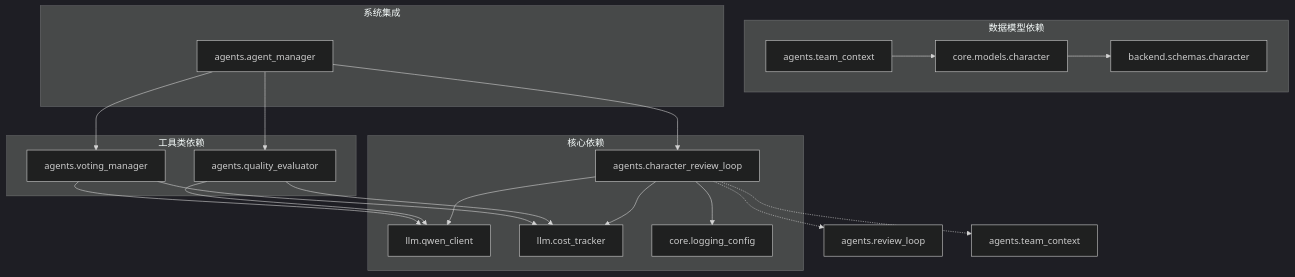
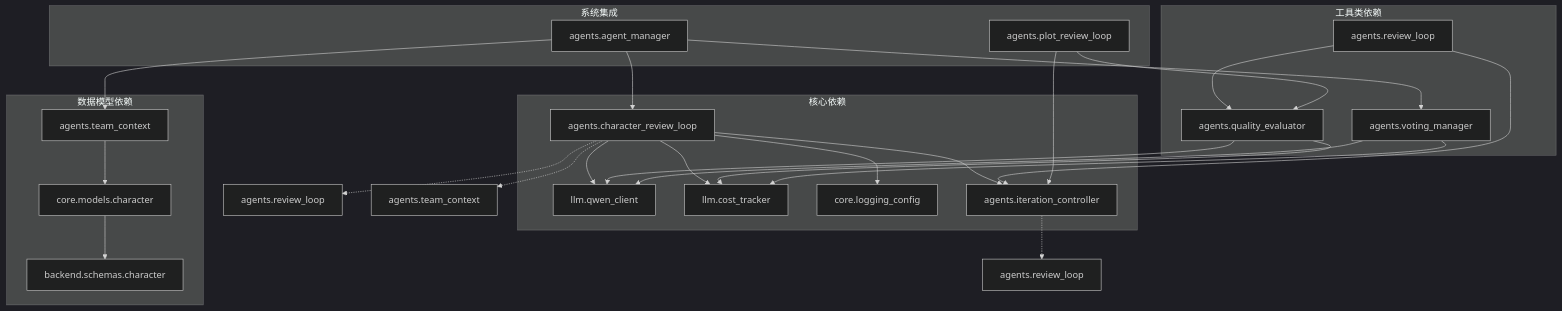
One commit to xfbyxq/ai-novel-system changed the ninth of 9 diagrams in .qoder/repowiki/zh/content/AI智能体系统/角色审查处理器.md. Above: the diagram before and after it, drawn with Mermaid (dark theme). The commit also changed other lines of this file and 10 other files, not shown here.

````diff
--- a/.qoder/repowiki/zh/content/AI智能体系统/角色审查处理器.md
+++ b/.qoder/repowiki/zh/content/AI智能体系统/角色审查处理器.md
@@ -337,25 +463,31 @@
 ```mermaid
 graph TB
 subgraph "核心依赖"
 A[agents.character_review_loop] --> B[llm.qwen_client]
 A --> C[llm.cost_tracker]
 A --> D[core.logging_config]
+A --> E[agents.iteration_controller]
 end
 subgraph "数据模型依赖"
-E[core.models.character] --> F[backend.schemas.character]
-G[agents.team_context] --> E
+F[core.models.character] --> G[backend.schemas.character]
+H[agents.team_context] --> F
 end
 subgraph "工具类依赖"
-H[agents.quality_evaluator] --> B
-H --> C
-I[agents.voting_manager] --> B
+I[agents.quality_evaluator] --> B
 I --> C
+J[agents.voting_manager] --> B
+J --> C
+K[agents.review_loop] --> E
+K --> I
 end
 subgraph "系统集成"
-J[agents.agent_manager] --> A
-J --> H
-J --> I
+L[agents.agent_manager] --> A
+L --> H
+L --> J
+M[agents.plot_review_loop] --> E
+M --> I
 end
-A -.-> K[agents.review_loop]
-A -.-> L[agents.team_context]
+A -.-> N[agents.review_loop]
+A -.-> O[agents.team_context]
+E -.-> P[agents.review_loop]
 ```
````
